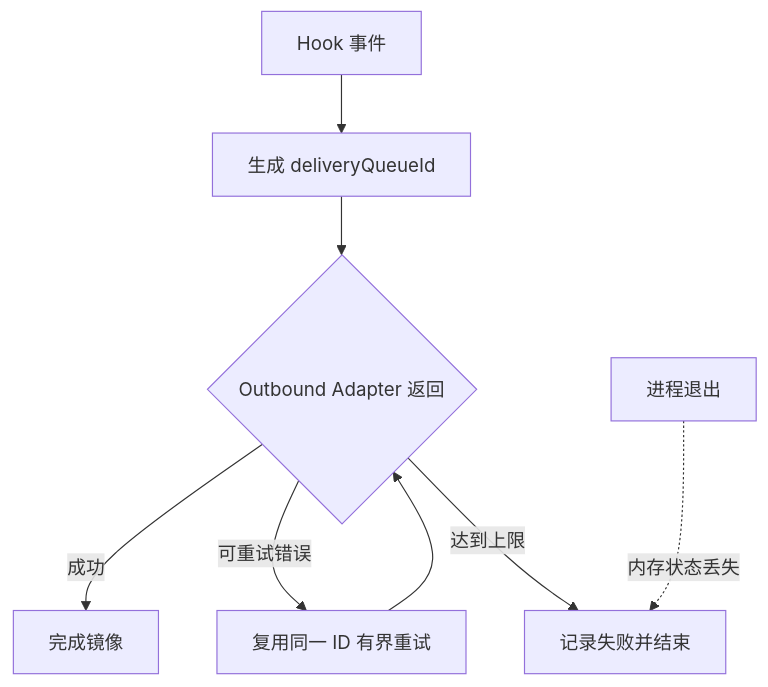
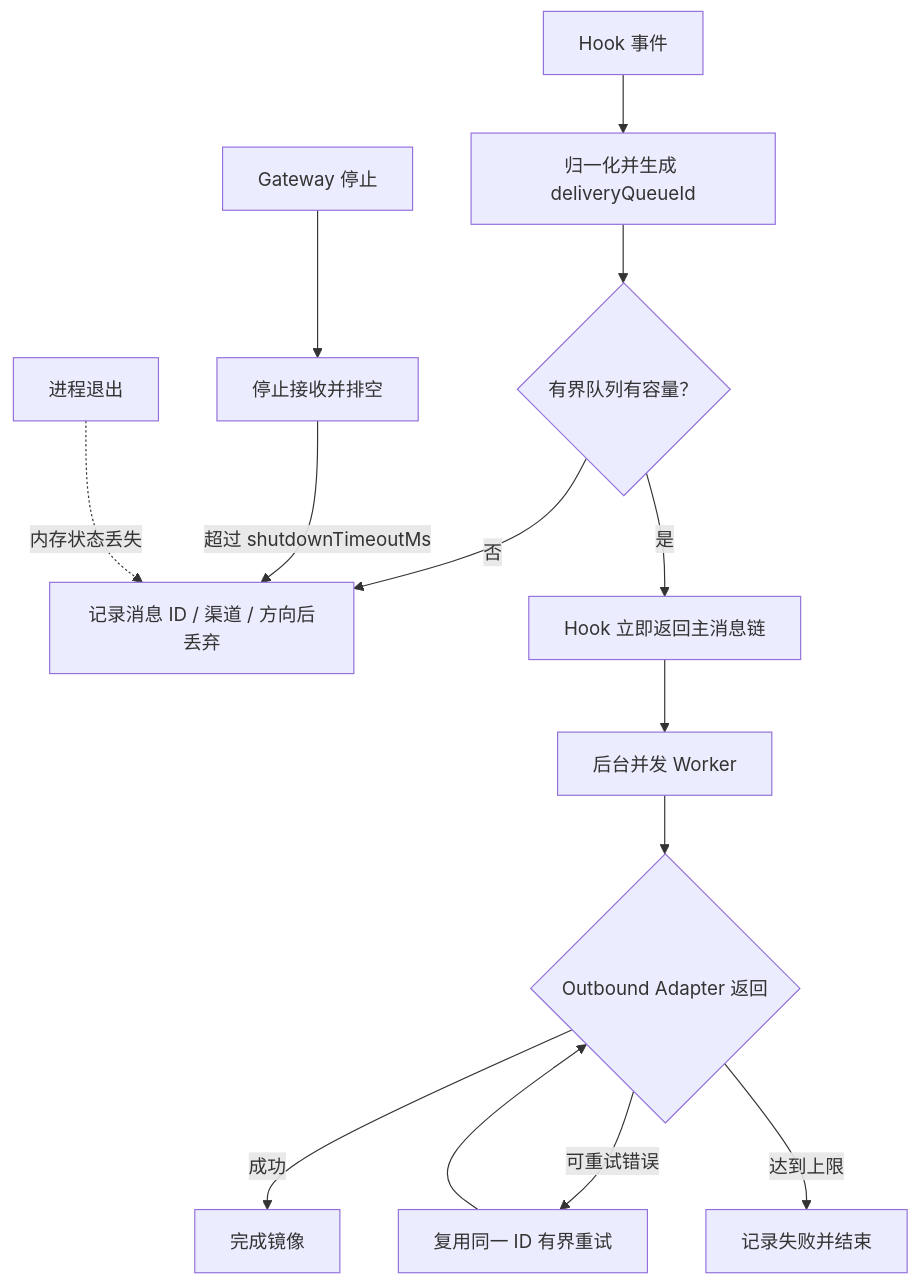
The second of 2 diagrams in extensions/bridge/README.zh-CN.md (partme-ai/openclaw-plugins), drawn with Mermaid before and after one commit. The commit also changed other lines of this file and 592 other files, not shown here.

First line of the commit message:
feat(e2e): 添加地图能力插件与微信抖音扩展功能

````diff
--- a/extensions/bridge/README.zh-CN.md
+++ b/extensions/bridge/README.zh-CN.md
@@ -68,10 +82,16 @@
 ```mermaid
 flowchart TD
-    E["Hook 事件"] --> P["生成 deliveryQueueId"]
-    P --> X{"Outbound Adapter 返回"}
+    E["Hook 事件"] --> P["归一化并生成 deliveryQueueId"]
+    P --> Q{"有界队列有容量？"}
+    Q -->|"否"| DROP["记录消息 ID / 渠道 / 方向后丢弃"]
+    Q -->|"是"| FAST["Hook 立即返回主消息链"]
+    FAST --> W["后台并发 Worker"]
+    W --> X{"Outbound Adapter 返回"}
     X -->|"成功"| OK["完成镜像"]
     X -->|"可重试错误"| RETRY["复用同一 ID 有界重试"]
     RETRY --> X
-    X -->|"达到上限"| DROP["记录失败并结束"]
+    X -->|"达到上限"| FAIL["记录失败并结束"]
+    STOP["Gateway 停止"] --> DRAIN["停止接收并排空"]
+    DRAIN -->|"超过 shutdownTimeoutMs"| DROP
     CRASH["进程退出"] -. "内存状态丢失" .-> DROP
 ```
````
